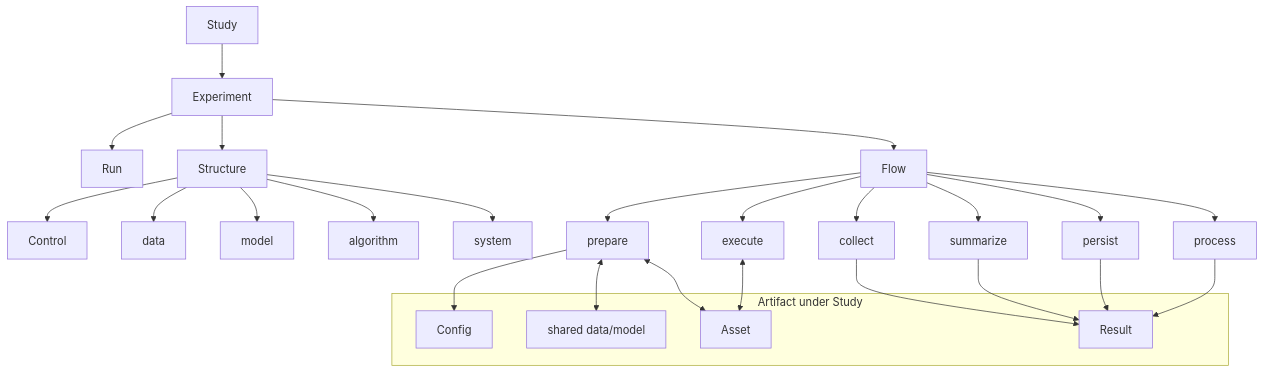
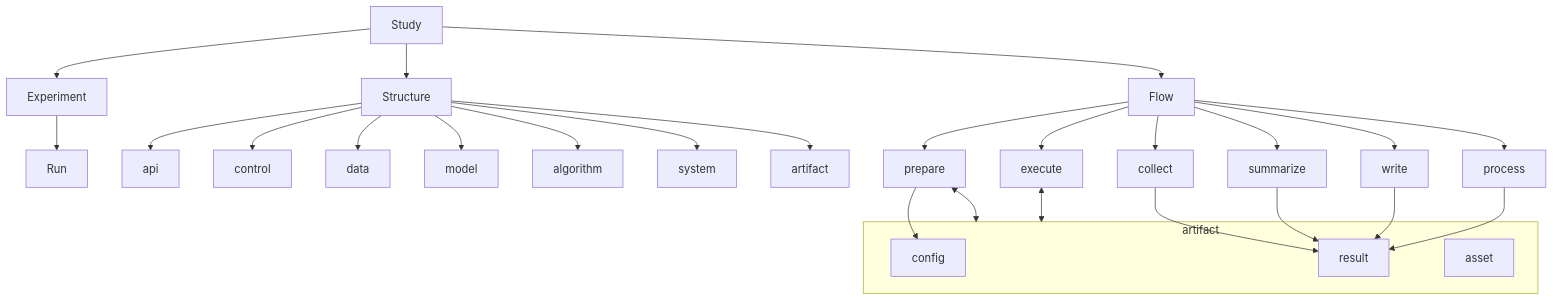
One commit to diaoenmao/RPipe changed the second of 5 diagrams in docs/CONCEPT.md. Above: the diagram before and after it, drawn with Mermaid. The commit also changed other lines of this file and 11 other files, not shown here.

First line of the commit message:
Align Study/Experiment/Run docs and fold artifact into structure.

````diff
--- a/docs/CONCEPT.md
+++ b/docs/CONCEPT.md
@@ -52,32 +69,32 @@
 ```mermaid
 flowchart TB
   Study --> Experiment
   Experiment --> Run
-  Experiment --> Structure
-  Experiment --> Flow
-  Structure --> Control
+  Study --> Structure
+  Study --> Flow
+  Structure --> api
+  Structure --> control
   Structure --> data
   Structure --> model
   Structure --> algorithm
   Structure --> system
+  Structure --> artifact_mod[artifact]
   Flow --> prepare
   Flow --> execute
   Flow --> collect
   Flow --> summarize
-  Flow --> persist_phase[persist]
-  Flow --> process_phase[process]
-  subgraph Artifact_sub [Artifact under Study]
-    shared[shared data/model]
-    Config
-    Result
-    Asset
+  Flow --> write
+  Flow --> process
+  subgraph art [artifact]
+    config
+    result
+    asset
   end
-  prepare --> Config
-  prepare <--> shared
-  prepare <--> Asset
-  execute <--> Asset
-  collect --> Result
-  summarize --> Result
-  persist_phase --> Result
-  process_phase --> Result
+  prepare --> config
+  prepare <--> art
+  execute <--> art
+  collect --> result
+  summarize --> result
+  write --> result
+  process --> result
 ```
````
